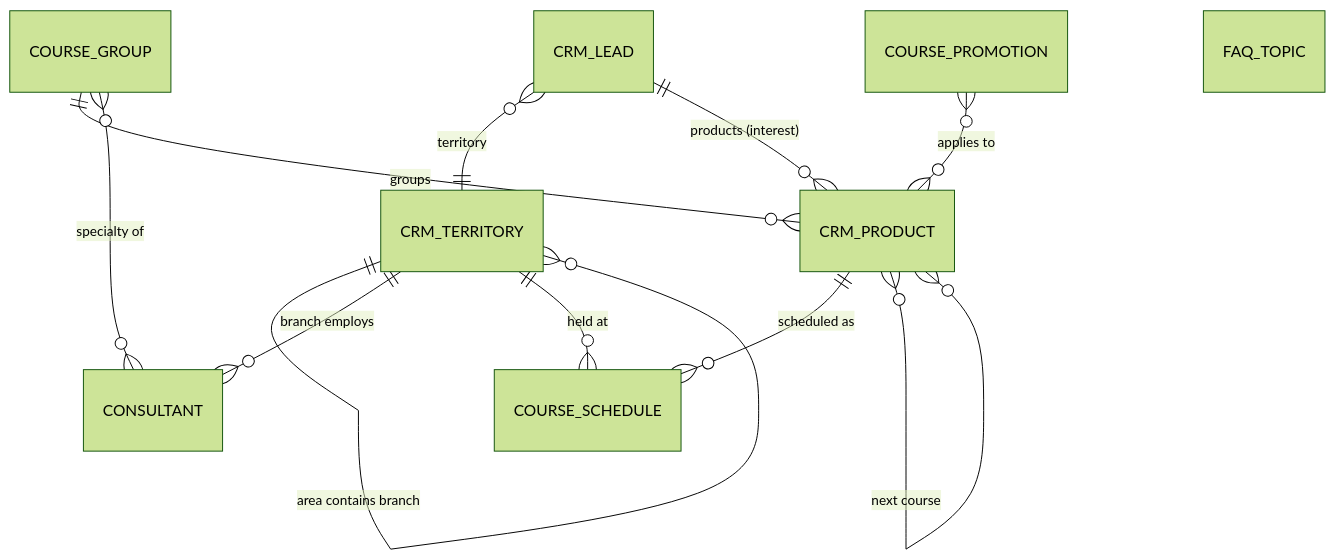
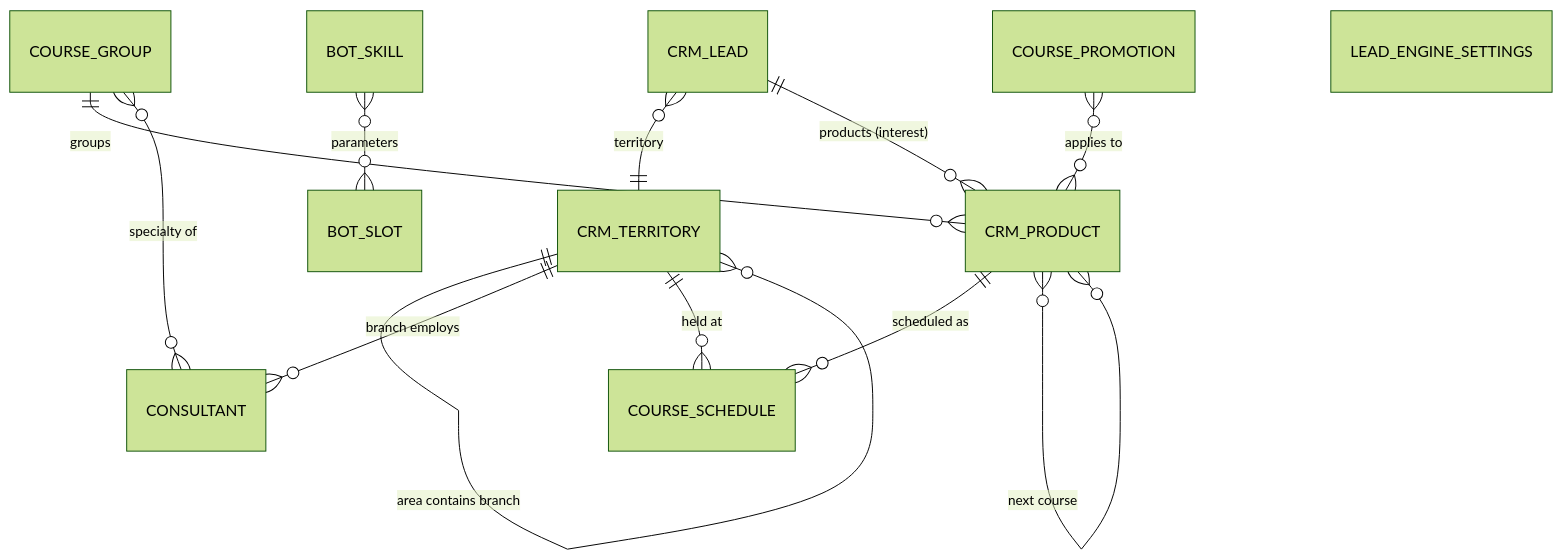
Before and after one commit to giabuh/dx-osd: the third of 4 diagrams in docs/superpowers/specs/2026-09-26-edu-lead-engine-design.md, drawn with Mermaid (forest theme). The commit also changed other lines of this file and 3 other files, not shown here.

Commit message:
docs(spec): complete edu lead engine C2-C3 design (skills, advisor, decision log, handoff, playground, cost guard)

````diff
--- a/docs/superpowers/specs/2026-09-26-edu-lead-engine-design.md
+++ b/docs/superpowers/specs/2026-09-26-edu-lead-engine-design.md
@@ -219,14 +220,15 @@
 ```mermaid
 erDiagram
     CRM_TERRITORY ||--o{ CRM_TERRITORY : "area contains branch"
     CRM_TERRITORY ||--o{ CONSULTANT : "branch employs"
     CRM_TERRITORY ||--o{ COURSE_SCHEDULE : "held at"
     COURSE_GROUP ||--o{ CRM_PRODUCT : "groups"
     COURSE_GROUP }o--o{ CONSULTANT : "specialty of"
     CRM_PRODUCT ||--o{ COURSE_SCHEDULE : "scheduled as"
     CRM_PRODUCT }o--o{ CRM_PRODUCT : "next course"
     COURSE_PROMOTION }o--o{ CRM_PRODUCT : "applies to"
     CRM_LEAD }o--|| CRM_TERRITORY : "territory"
     CRM_LEAD ||--o{ CRM_PRODUCT : "products (interest)"
-    FAQ_TOPIC
+    BOT_SKILL }o--o{ BOT_SLOT : "parameters"
+    LEAD_ENGINE_SETTINGS
 ```
````
